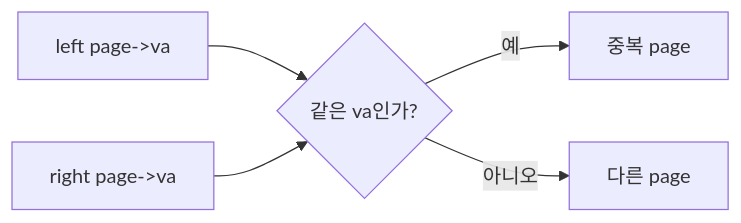
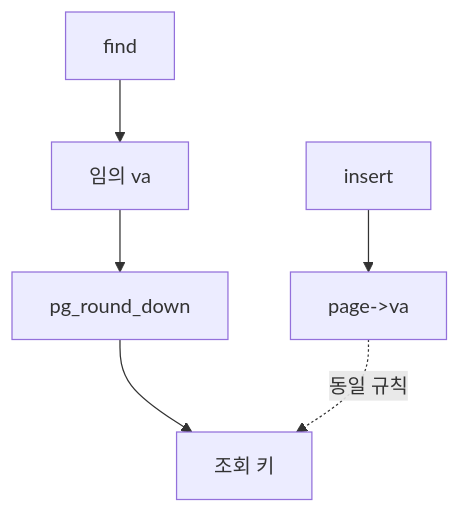
Before and after one commit to tail1887/PINTOS-VM: the fourth of 4 diagrams in pintos/doc/taejung_files/3. week3/study/3. test-notes/1. Memory Management/1. feature/02-feature-page-structure-and-hash-key.md, drawn with Mermaid. The commit also changed other lines of this file and 19 other files, not shown here.

````diff
--- a/pintos/doc/taejung_files/3. week3/study/3. test-notes/1. Memory Management/1. feature/02-feature-page-structure-and-hash-key.md
+++ b/pintos/doc/taejung_files/3. week3/study/3. test-notes/1. Memory Management/1. feature/02-feature-page-structure-and-hash-key.md
@@ -93,7 +88,8 @@
 ```mermaid
-flowchart LR
-  A[left page->va] --> CMP{같은 va인가?}
-  B[right page->va] --> CMP
-  CMP -- 예 --> SAME[중복 page]
-  CMP -- 아니오 --> DIFF[다른 page]
+flowchart TD
+  INS[insert] --> K1[page->va]
+  FND[find] --> RD[임의 va]
+  RD --> R2[pg_round_down]
+  R2 --> K2[조회 키]
+  K1 -.동일 규칙.-> K2
 ```
````
